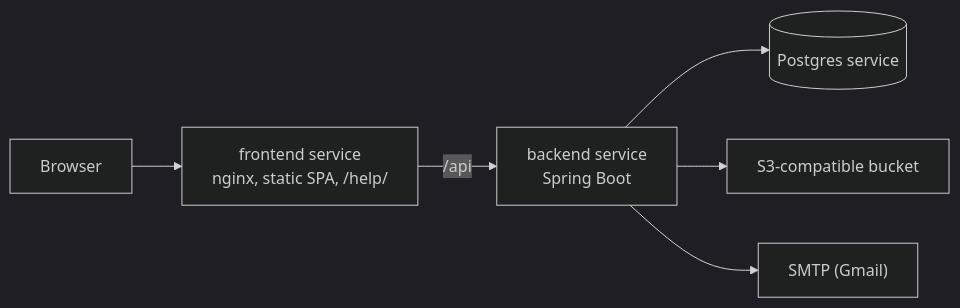
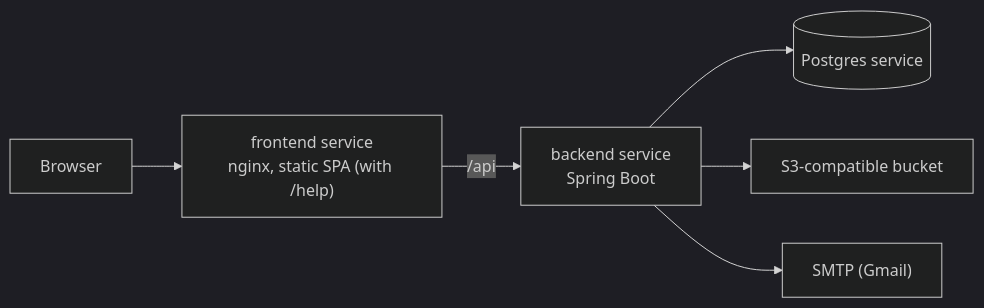
One commit to miketak/carbonos changed the diagram in docs/reference/environments.md. Above: the diagram before and after it, drawn with Mermaid (dark theme). The commit also changed other lines of this file and 185 other files, not shown here.

First line of the commit message:
feat(help): the help centre as routes of the app, with the Get started series and the MkDocs takeover (#117)

````diff
--- a/docs/reference/environments.md
+++ b/docs/reference/environments.md
@@ -14,10 +14,10 @@
 ```mermaid
 flowchart LR
     accTitle: The deployed topology on Railway
-    accDescr: The frontend service serves the SPA and the end-user help site at /help/, and proxies the API to the backend service, which uses the Postgres service and an S3-compatible bucket.
-    browser[Browser] --> fe["frontend service\nnginx, static SPA, /help/"]
+    accDescr: The frontend service serves the SPA, whose routes include the help centre at /help, and proxies the API to the backend service, which uses the Postgres service and an S3-compatible bucket.
+    browser[Browser] --> fe["frontend service\nnginx, static SPA (with /help)"]
     fe -- "/api" --> be["backend service\nSpring Boot"]
     be --> pg[("Postgres service")]
     be --> bucket["S3-compatible bucket"]
     be --> smtp["SMTP (Gmail)"]
 ```
````
